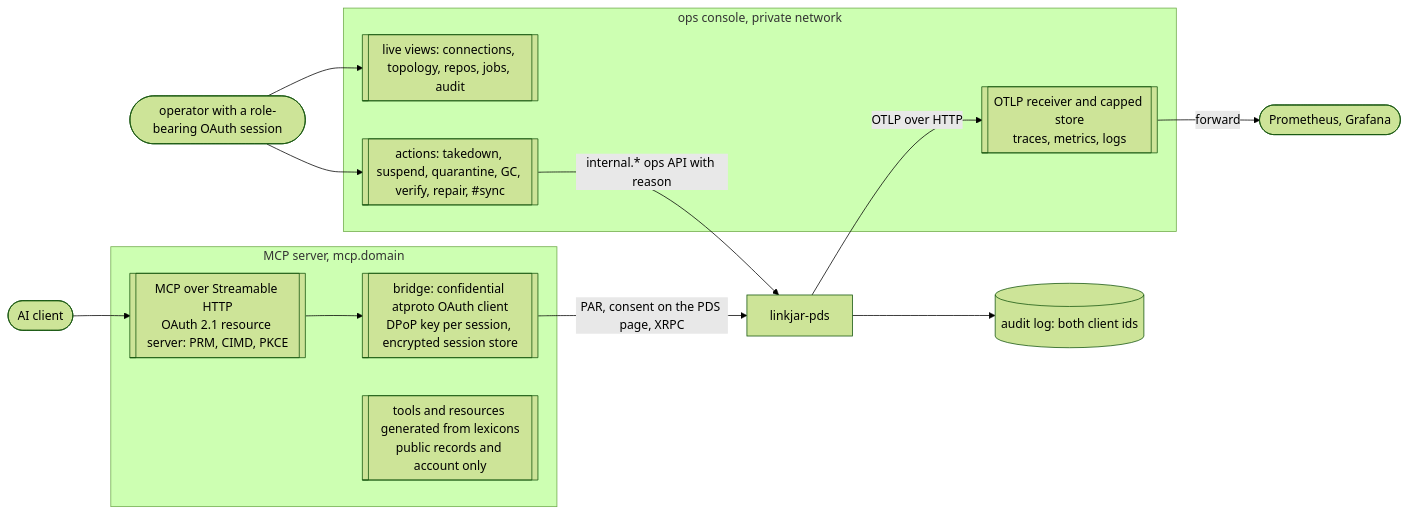
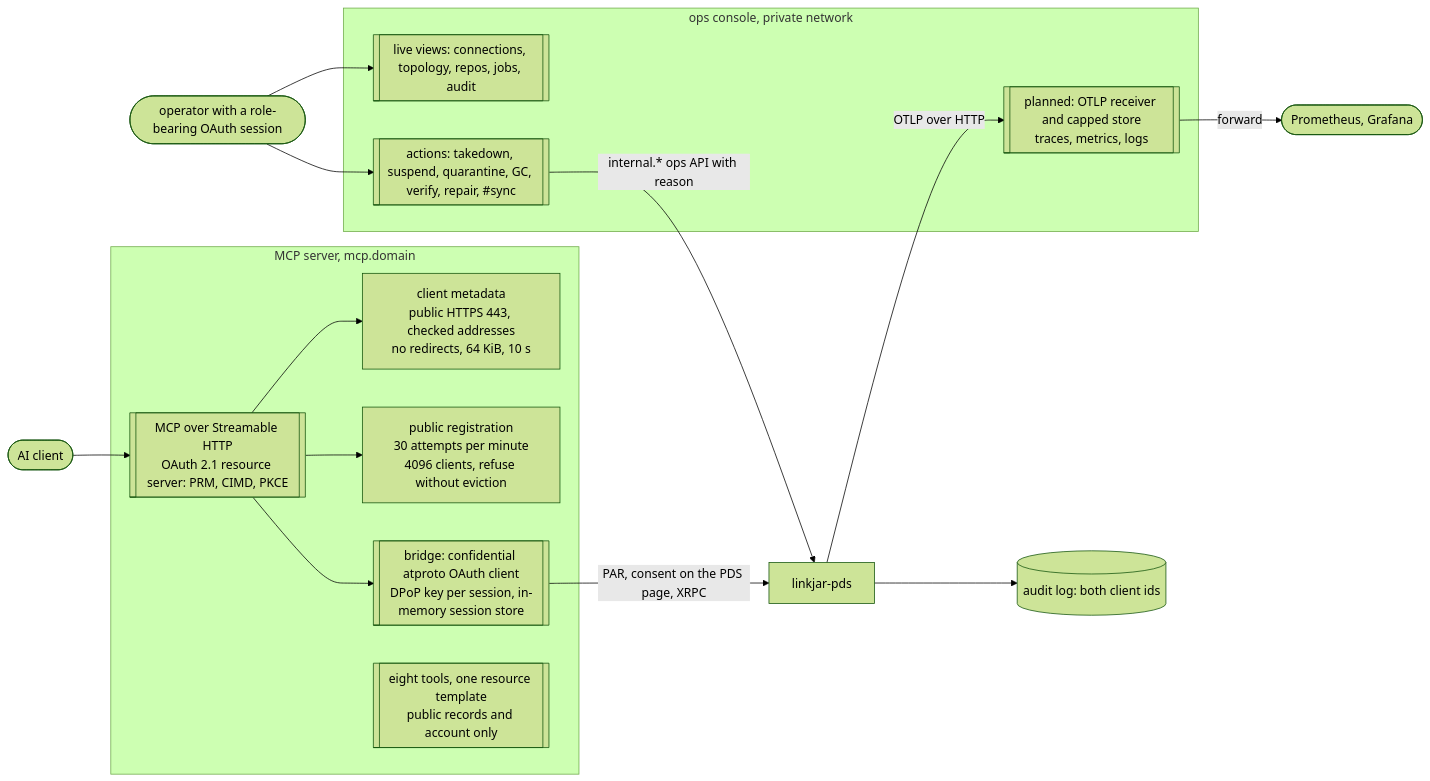
Before and after one commit to linkjar/pds: the diagram in docs/architecture/diagrams/16-sidecars.mmd, drawn with Mermaid (forest theme). The commit also changed 272 other files, not shown here.

```diff
--- a/docs/architecture/diagrams/16-sidecars.mmd
+++ b/docs/architecture/diagrams/16-sidecars.mmd
@@ -1,17 +1,20 @@
 flowchart LR
   subgraph console [ops console, private network]
     cui[[live views: connections, topology, repos, jobs, audit]]
     cact[[actions: takedown, suspend, quarantine, GC, verify, repair, #sync]]
-    cotel[[OTLP receiver and capped store<br/>traces, metrics, logs]]
+    cotel[[planned: OTLP receiver and capped store<br/>traces, metrics, logs]]
   end
   subgraph mcp [MCP server, mcp.domain]
     rs[[MCP over Streamable HTTP<br/>OAuth 2.1 resource server: PRM, CIMD, PKCE]]
-    br[[bridge: confidential atproto OAuth client<br/>DPoP key per session, encrypted session store]]
-    tools[[tools and resources generated from lexicons<br/>public records and account only]]
+    meta[client metadata<br/>public HTTPS 443, checked addresses<br/>no redirects, 64 KiB, 10 s]
+    reg[public registration<br/>30 attempts per minute<br/>4096 clients, refuse without eviction]
+    br[[bridge: confidential atproto OAuth client<br/>DPoP key per session, in-memory session store]]
+    tools[[eight tools, one resource template<br/>public records and account only]]
   end
   op([operator with a role-bearing OAuth session]) --> cui & cact
   cact -- internal.* ops API with reason --> pds[linkjar-pds]
   pds -- OTLP over HTTP --> cotel
   cotel -- forward --> graf([Prometheus, Grafana])
   ai([AI client]) --> rs --> br -- PAR, consent on the PDS page, XRPC --> pds
+  rs --> meta & reg
   pds --> audit[(audit log: both client ids)]
```
